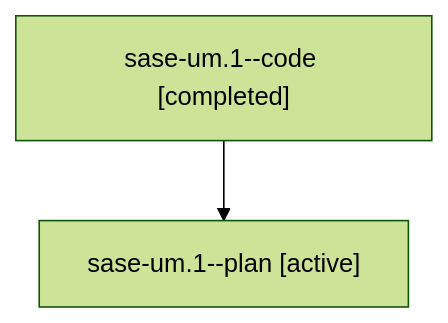
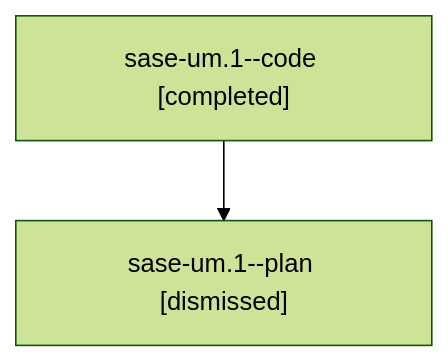
One commit to sase-org/sase--agents changed the diagram in sessions/bbugyi200.athena.sase-um.1.md. Above: the diagram before and after it, drawn with Mermaid (forest theme). The commit also changed other lines of this file and 240 other files, not shown here.

````diff
--- a/sessions/bbugyi200.athena.sase-um.1.md
+++ b/sessions/bbugyi200.athena.sase-um.1.md
@@ -9,6 +9,6 @@
 ```mermaid
 flowchart TD
   n0["sase-um.1--code [completed]"]
-  n1["sase-um.1--plan [active]"]
+  n1["sase-um.1--plan [dismissed]"]
   n0 --> n1
 ```
````
